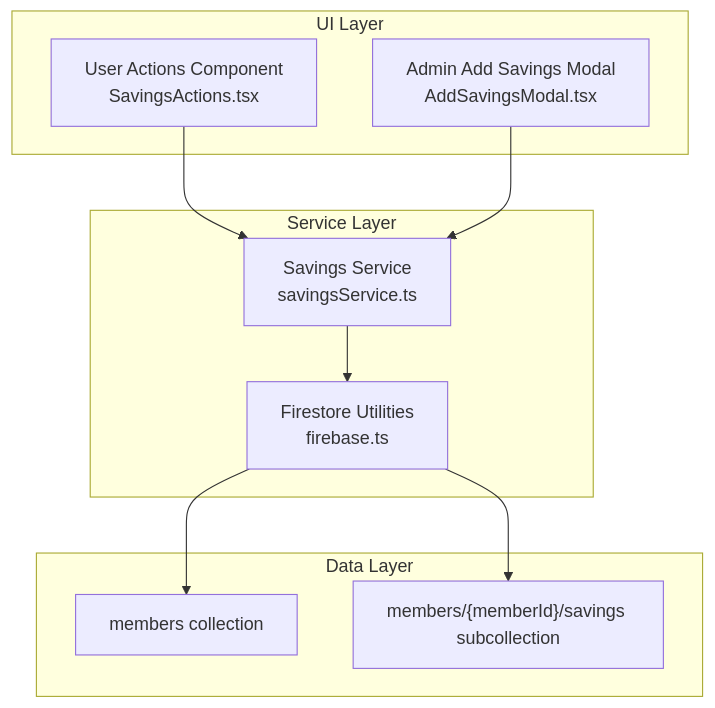
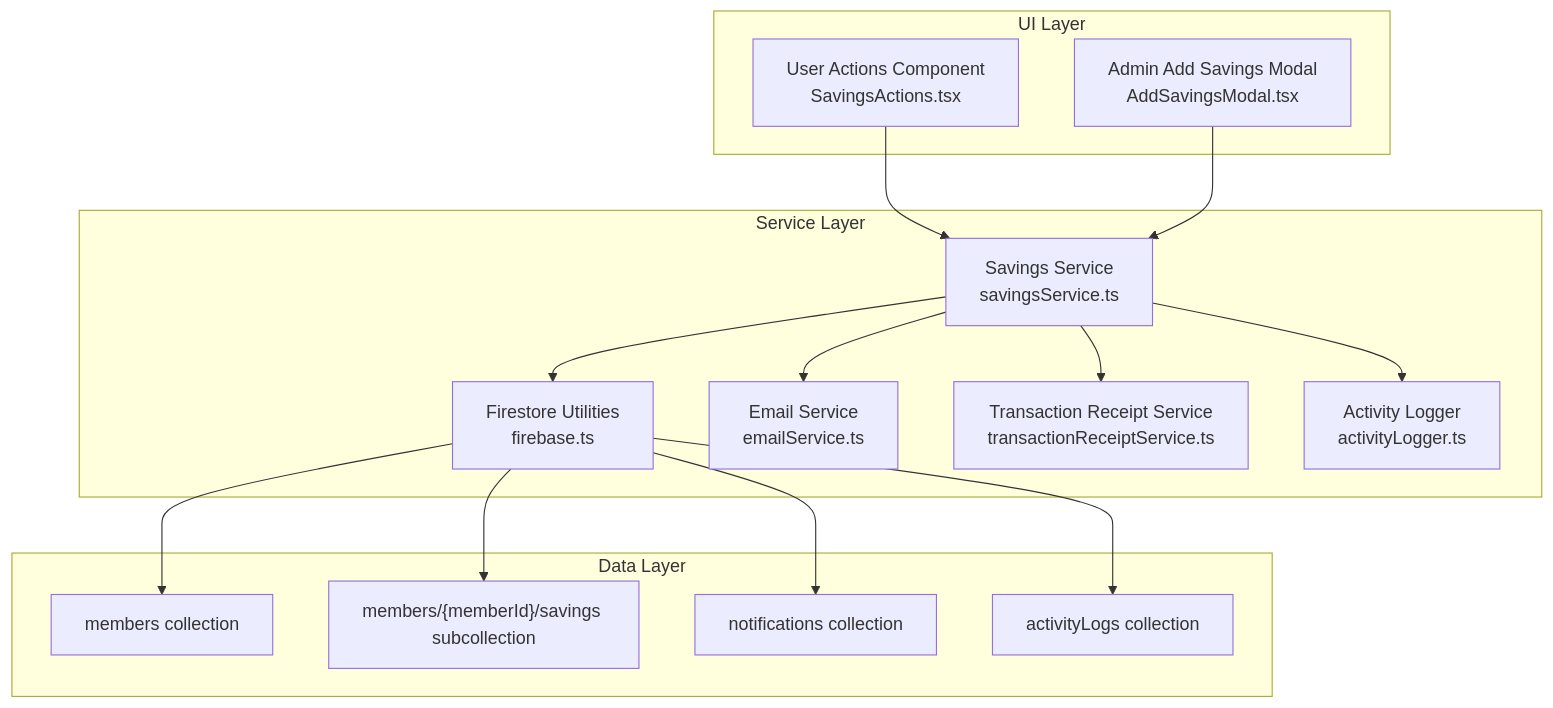
The first of 6 diagrams in .qoder/repowiki/en/content/Savings Management System/Savings Transactions Processing.md (Unsure-bry/sampacoop_system), drawn with Mermaid before and after one commit. The commit also changed other lines of this file and 12 other files, not shown here.

````diff
--- a/.qoder/repowiki/en/content/Savings Management System/Savings Transactions Processing.md
+++ b/.qoder/repowiki/en/content/Savings Management System/Savings Transactions Processing.md
@@ -39,20 +53,30 @@
 ```mermaid
 graph TB
 subgraph "UI Layer"
 UA["User Actions Component<br/>SavingsActions.tsx"]
 AA["Admin Add Savings Modal<br/>AddSavingsModal.tsx"]
 end
 subgraph "Service Layer"
 SS["Savings Service<br/>savingsService.ts"]
 FT["Firestore Utilities<br/>firebase.ts"]
+ES["Email Service<br/>emailService.ts"]
+TRS["Transaction Receipt Service<br/>transactionReceiptService.ts"]
+AL["Activity Logger<br/>activityLogger.ts"]
 end
 subgraph "Data Layer"
 MC["members collection"]
 SC["members/{memberId}/savings subcollection"]
+NC["notifications collection"]
+AC["activityLogs collection"]
 end
 UA --> SS
 AA --> SS
 SS --> FT
+SS --> ES
+SS --> TRS
+SS --> AL
 FT --> MC
 FT --> SC
+FT --> NC
+FT --> AC
 ```
````
